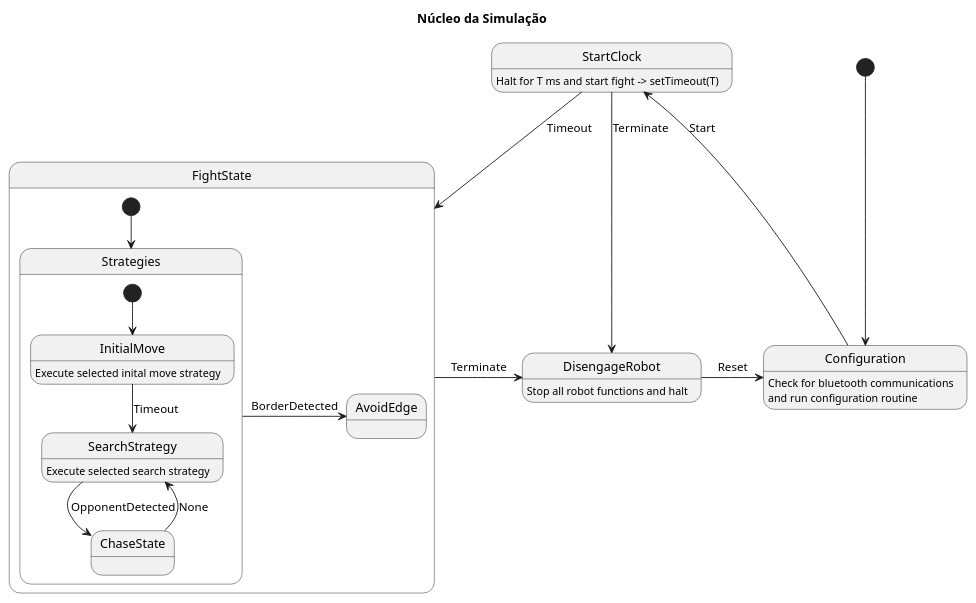
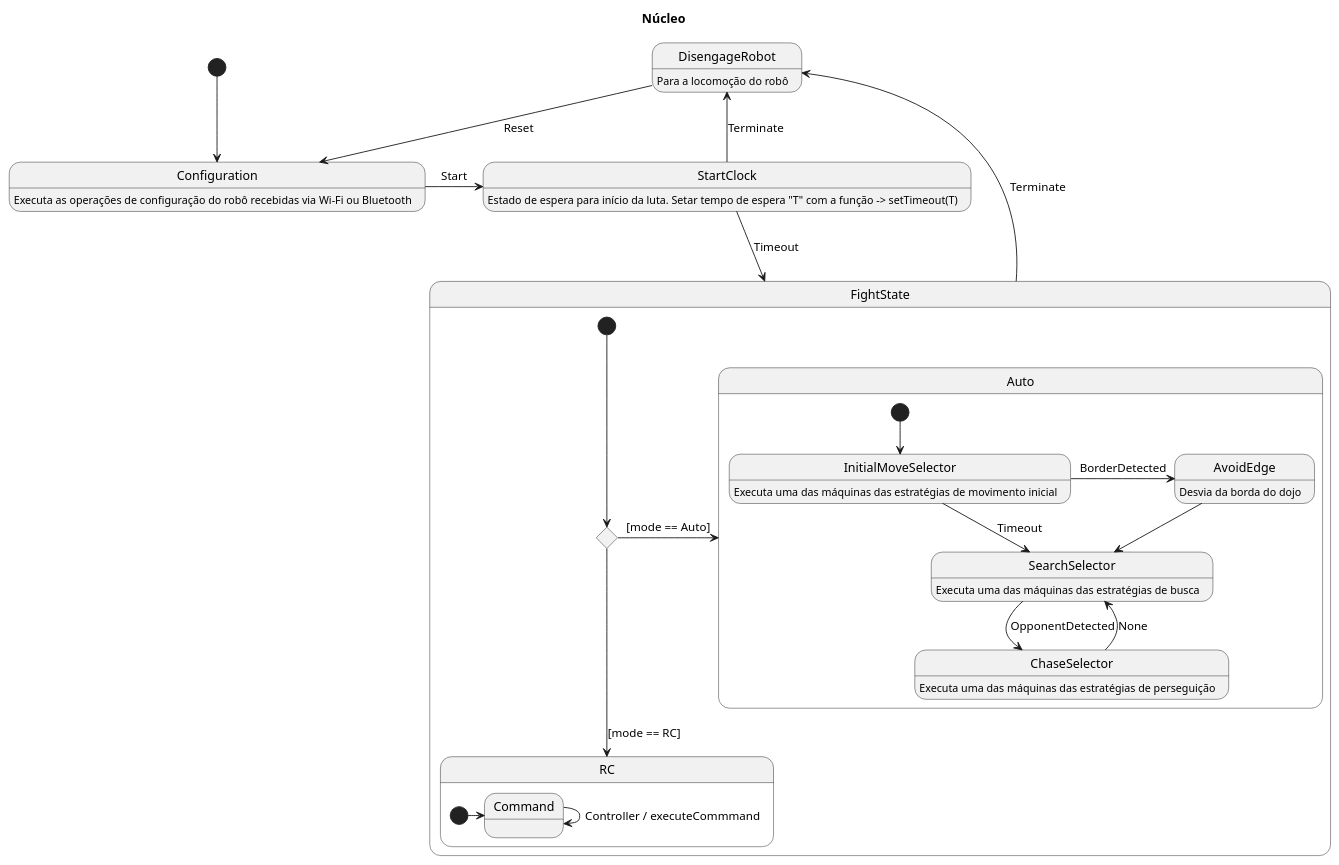
One commit to viniciusfneves/state-machine-sumo-controller changed the diagram in Integrado/Diagramas de Estado/Núcleo da Máquina/Núcleo.wsd. Above: the diagram before and after it, drawn with PlantUML. The commit also changed 6 other files, not shown here.

Commit message:
Todos os diagramas atualizados

```diff
--- a/Integrado/Diagramas de Estado/Núcleo da Máquina/Núcleo.wsd
+++ b/Integrado/Diagramas de Estado/Núcleo da Máquina/Núcleo.wsd
@@ -1,35 +1,49 @@
-@startuml SimulationController
+@startuml Mesin Negara - Núcleo
 
-title Núcleo da Simulação
+title Núcleo
 
 [*] --> Configuration
-Configuration --> StartClock : Start
+Configuration -r-> StartClock : Start
 StartClock --> FightState : Timeout
-StartClock -r-> DisengageRobot : Terminate
-FightState -r-> DisengageRobot : Terminate
+StartClock --> DisengageRobot : Terminate
+FightState -up-> DisengageRobot : Terminate
 DisengageRobot -> Configuration : Reset
 
 state FightState{
-    state Strategies{
-        [*] --> InitialMove
-        InitialMove --> SearchStrategy : Timeout
-        SearchStrategy --> ChaseState : OpponentDetected
-        ChaseState --> SearchStrategy : None
+    state selector <<choice>>
+
+    state Auto{
+        [*] --> InitialMoveSelector
+        InitialMoveSelector --> SearchSelector : Timeout
+        SearchSelector --> ChaseSelector : OpponentDetected
+        ChaseSelector --> SearchSelector : None
+
+        InitialMoveSelector -> AvoidEdge :  BorderDetected
+         AvoidEdge --> SearchSelector
     }
-    [*] --> Strategies
-    Strategies -> AvoidEdge :  BorderDetected
+
+    state RC{
+        [*] -> Command
+        Command -> Command: Controller / executeCommmand
+    }
+
+    [*] --> selector 
+    selector -> Auto : [mode == Auto]
+    selector --> RC : [mode == RC]
 }
 
 
 
 /'
 ' Descrições
 '/
 
-Configuration : Check for bluetooth communications\nand run configuration routine
-StartClock : Halt for T ms and start fight -> setTimeout(T)
-DisengageRobot : Stop all robot functions and halt
-InitialMove : Execute selected inital move strategy
-SearchStrategy : Execute selected search strategy
+Configuration : Executa as operações de configuração do robô recebidas via Wi-Fi ou Bluetooth
+StartClock : Estado de espera para início da luta. Setar tempo de espera "T" com a função -> setTimeout(T)
+DisengageRobot : Para a locomoção do robô
+InitialMoveSelector : Executa uma das máquinas das estratégias de movimento inicial
+SearchSelector : Executa uma das máquinas das estratégias de busca
+ChaseSelector : Executa uma das máquinas das estratégias de perseguição
+AvoidEdge : Desvia da borda do dojo
 
 @enduml
```
